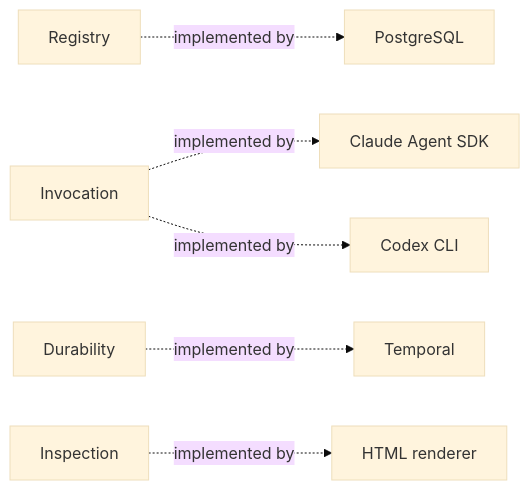
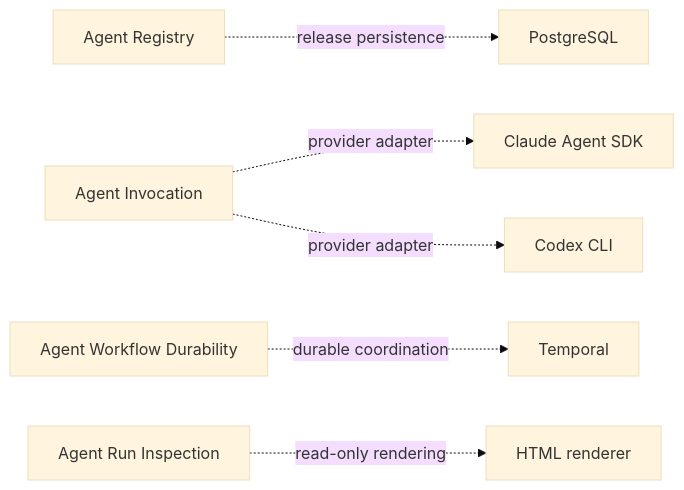
Before and after one commit to bobaoai/agent_runtime: the third of 5 diagrams in README.md, drawn with Mermaid (base theme). The commit also changed other lines of this file and 1 other file, not shown here.

Commit message:
docs: make agent lifecycle central in runtime diagrams

````diff
--- a/README.md
+++ b/README.md
@@ -38,8 +69,8 @@
 ```mermaid
 flowchart LR
-    REGISTRY["Registry"] -. "implemented by" .-> POSTGRES["PostgreSQL"]
-    INVOCATION["Invocation"] -. "implemented by" .-> CLAUDE["Claude Agent SDK"]
-    INVOCATION -. "implemented by" .-> CODEX["Codex CLI"]
-    DURABILITY["Durability"] -. "implemented by" .-> TEMPORAL["Temporal"]
-    INSPECTION["Inspection"] -. "implemented by" .-> HTML["HTML renderer"]
+    REGISTRY["Agent Registry"] -. "release persistence" .-> POSTGRES["PostgreSQL"]
+    INVOCATION["Agent Invocation"] -. "provider adapter" .-> CLAUDE["Claude Agent SDK"]
+    INVOCATION -. "provider adapter" .-> CODEX["Codex CLI"]
+    DURABILITY["Agent Workflow Durability"] -. "durable coordination" .-> TEMPORAL["Temporal"]
+    INSPECTION["Agent Run Inspection"] -. "read-only rendering" .-> HTML["HTML renderer"]
 ```
````
